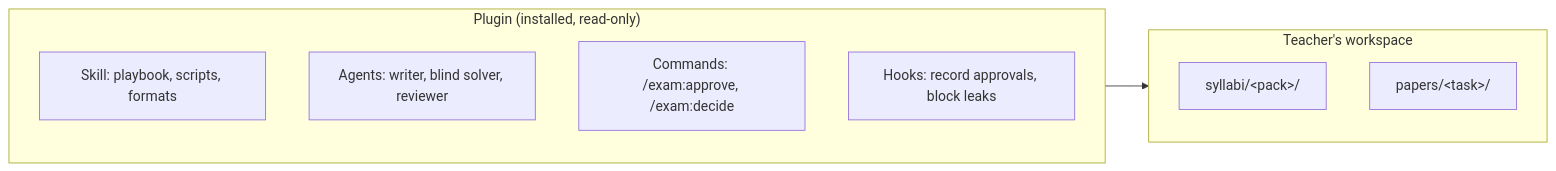
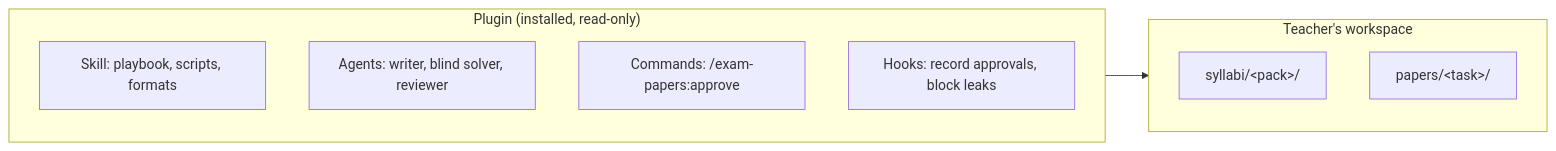
One commit to harin49/exam-paper-generator changed the third of 4 diagrams in docs/harness-design.md. Above: the diagram before and after it, drawn with Mermaid. The commit also changed other lines of this file and 19 other files, not shown here.

````diff
--- a/docs/harness-design.md
+++ b/docs/harness-design.md
@@ -333,14 +353,14 @@
 ```mermaid
 flowchart LR
     subgraph Plugin["Plugin (installed, read-only)"]
         SK[Skill: playbook, scripts, formats]
         AG[Agents: writer, blind solver, reviewer]
-        CM[Commands: /exam:approve, /exam:decide]
+        CM[Commands: /exam-papers:approve]
         HK[Hooks: record approvals, block leaks]
     end
     subgraph WS["Teacher's workspace"]
         SY["syllabi/&lt;pack&gt;/"]
         PA["papers/&lt;task&gt;/"]
     end
     Plugin --> WS
 ```
````
